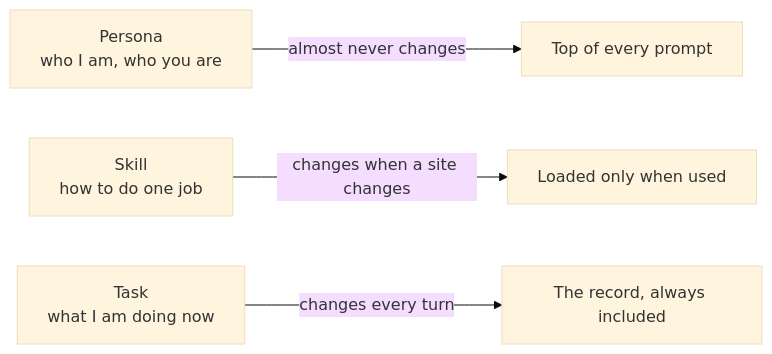
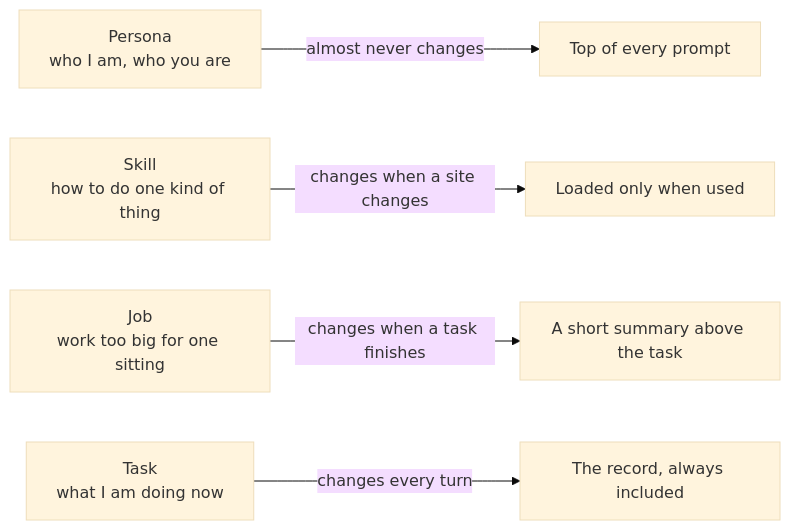
The fourth of 8 diagrams in COEUS.md (JaredTate/nerdgenie), drawn with Mermaid (base theme) before and after one commit. The commit also changed other lines of this file and 8 other files, not shown here.

First line of the commit message:
The job: a fourth kind of state for work too big for one sitting

````diff
--- a/COEUS.md
+++ b/COEUS.md
@@ -163,6 +195,7 @@
 ```mermaid
 flowchart LR
   P["Persona<br/>who I am, who you are"] -->|"almost never changes"| T["Top of every prompt"]
-  K["Skill<br/>how to do one job"] -->|"changes when a site changes"| L["Loaded only when used"]
-  J["Task<br/>what I am doing now"] -->|"changes every turn"| R["The record, always included"]
+  K["Skill<br/>how to do one kind of thing"] -->|"changes when a site changes"| L["Loaded only when used"]
+  J["Job<br/>work too big for one sitting"] -->|"changes when a task finishes"| JS["A short summary above the task"]
+  X["Task<br/>what I am doing now"] -->|"changes every turn"| R["The record, always included"]
 ```
````
